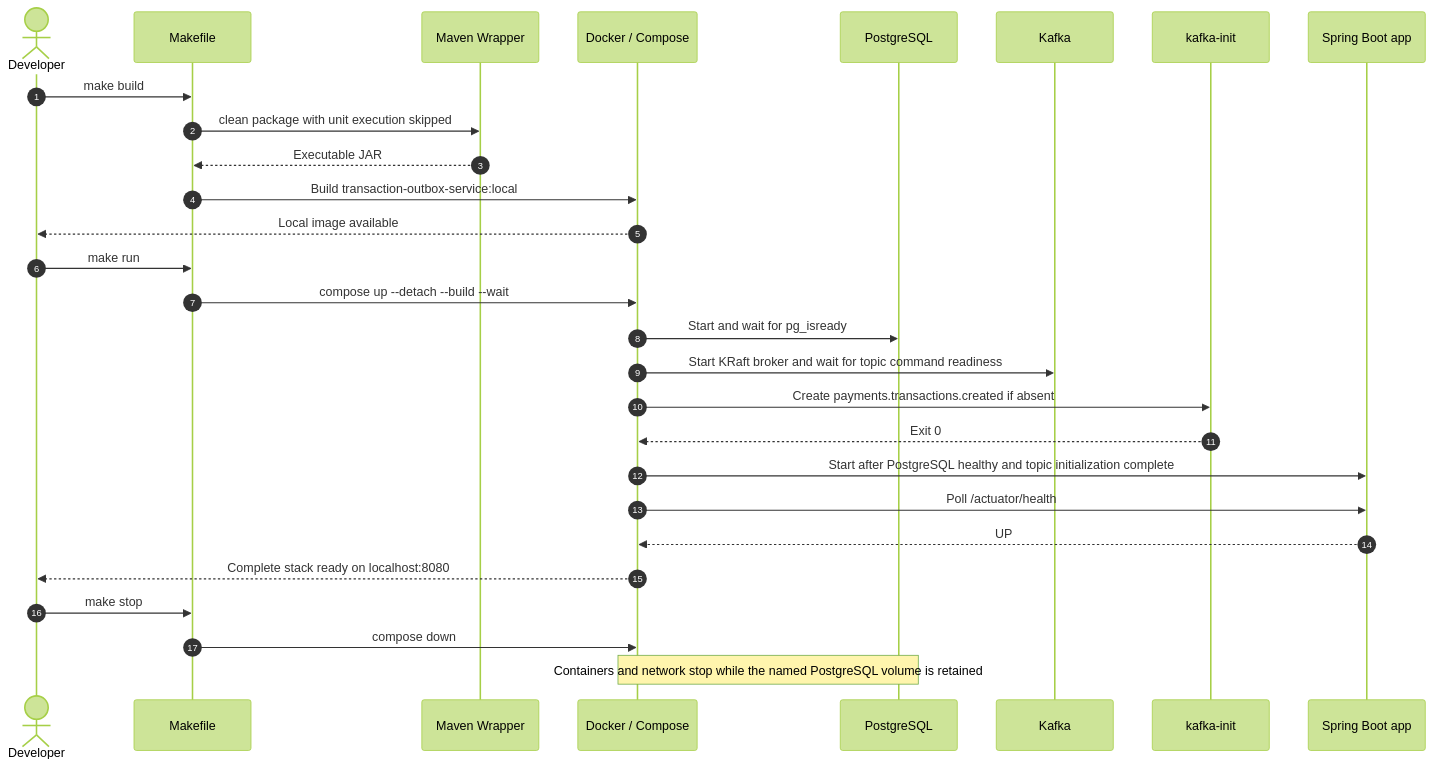
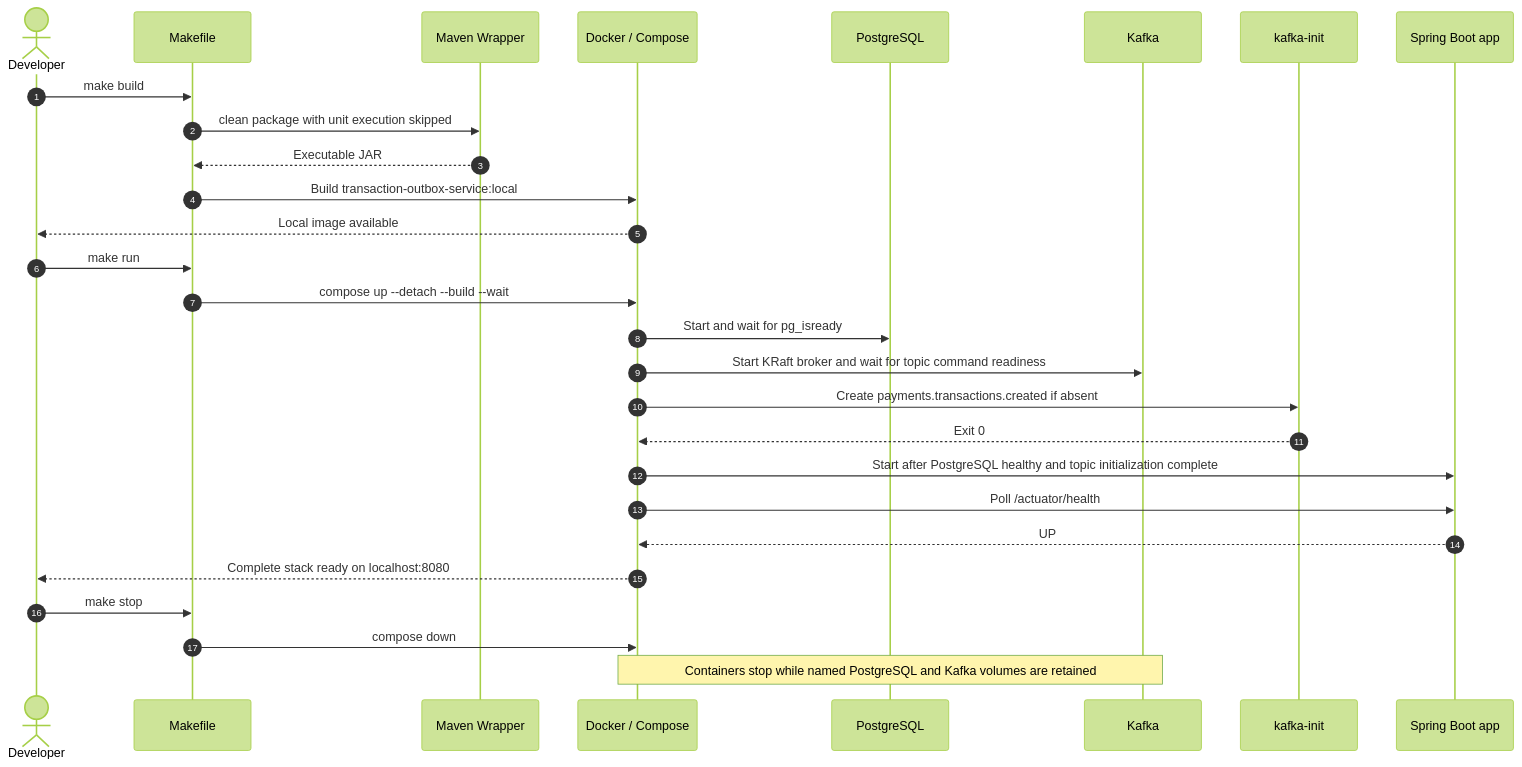
The ninth of 16 diagrams in docs/sequence-diagrams.md (tarunngusain08/transaction-outbox-service), drawn with Mermaid (forest theme) before and after one commit. The commit also changed other lines of this file and 62 other files, not shown here.

````diff
--- a/docs/sequence-diagrams.md
+++ b/docs/sequence-diagrams.md
@@ -260,31 +303,31 @@
 ```mermaid
 sequenceDiagram
     autonumber
     actor Developer
     participant Make as Makefile
     participant Maven as Maven Wrapper
     participant Docker as Docker / Compose
     participant Postgres as PostgreSQL
     participant Kafka as Kafka
     participant Init as kafka-init
     participant App as Spring Boot app
 
     Developer->>Make: make build
     Make->>Maven: clean package with unit execution skipped
     Maven-->>Make: Executable JAR
     Make->>Docker: Build transaction-outbox-service:local
     Docker-->>Developer: Local image available
     Developer->>Make: make run
     Make->>Docker: compose up --detach --build --wait
     Docker->>Postgres: Start and wait for pg_isready
     Docker->>Kafka: Start KRaft broker and wait for topic command readiness
     Docker->>Init: Create payments.transactions.created if absent
     Init-->>Docker: Exit 0
     Docker->>App: Start after PostgreSQL healthy and topic initialization complete
     Docker->>App: Poll /actuator/health
     App-->>Docker: UP
     Docker-->>Developer: Complete stack ready on localhost:8080
     Developer->>Make: make stop
     Make->>Docker: compose down
-    Note over Docker,Postgres: Containers and network stop while the named PostgreSQL volume is retained
+    Note over Docker,Kafka: Containers stop while named PostgreSQL and Kafka volumes are retained
 ```
````
